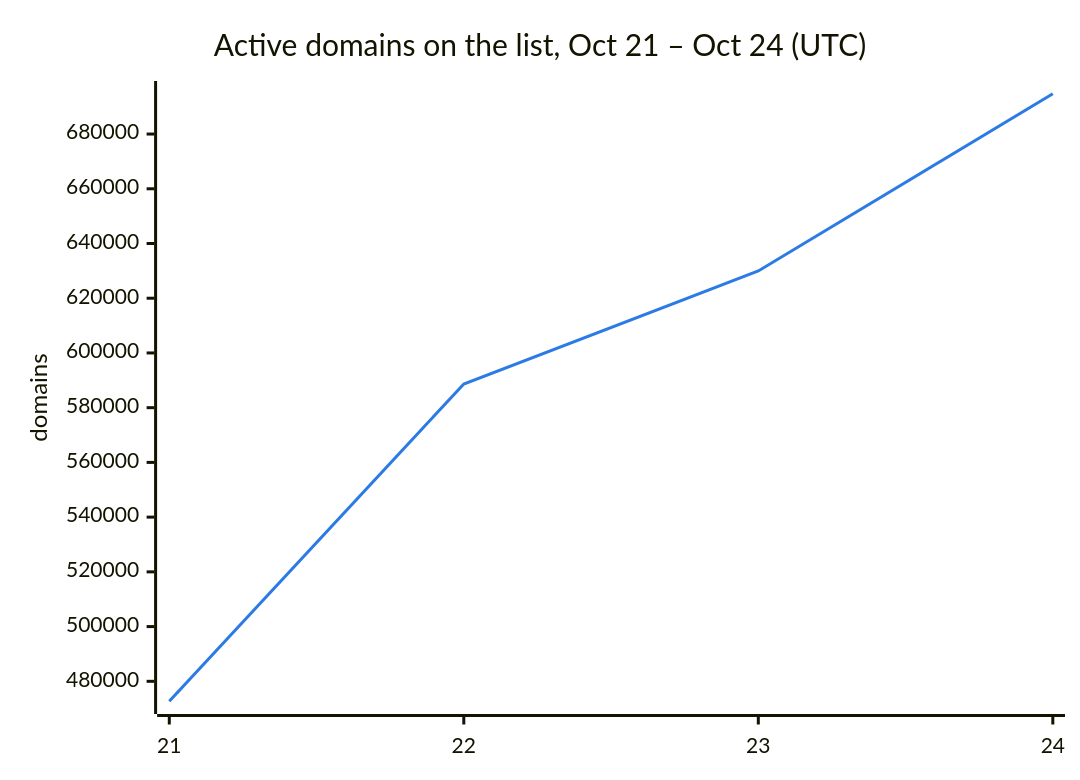
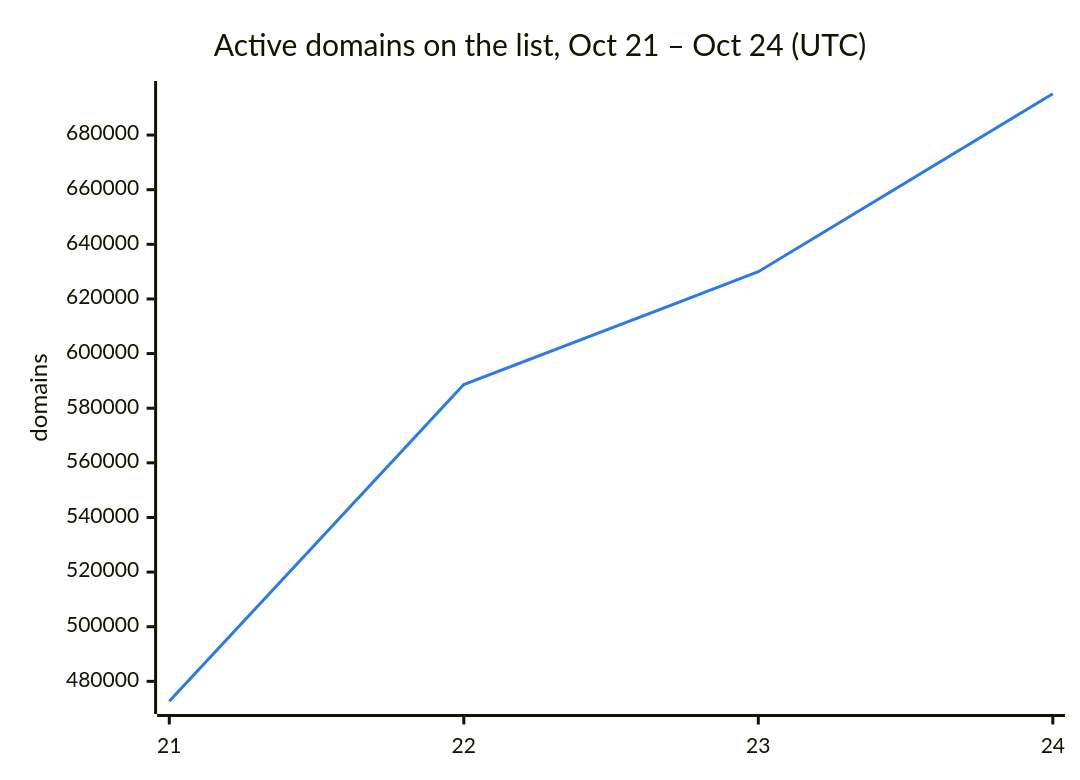
The second of 3 diagrams in README.md (DNSBunker/CTI), drawn with Mermaid before and after one commit. The commit also changed other lines of this file and 3 other files, not shown here.

````diff
--- a/README.md
+++ b/README.md
@@ -38,8 +38,8 @@
 ```mermaid
 %%{init: {"themeVariables": {"xyChart": {"plotColorPalette": "#2c7be5"}}}}%%
 xychart-beta
     title "Active domains on the list, Oct 21 – Oct 24 (UTC)"
     x-axis ["21", "22", "23", "24"]
     y-axis "domains"
-    line [472713, 588659, 629951, 694726]
+    line [472713, 588659, 629951, 695124]
 ```
````
